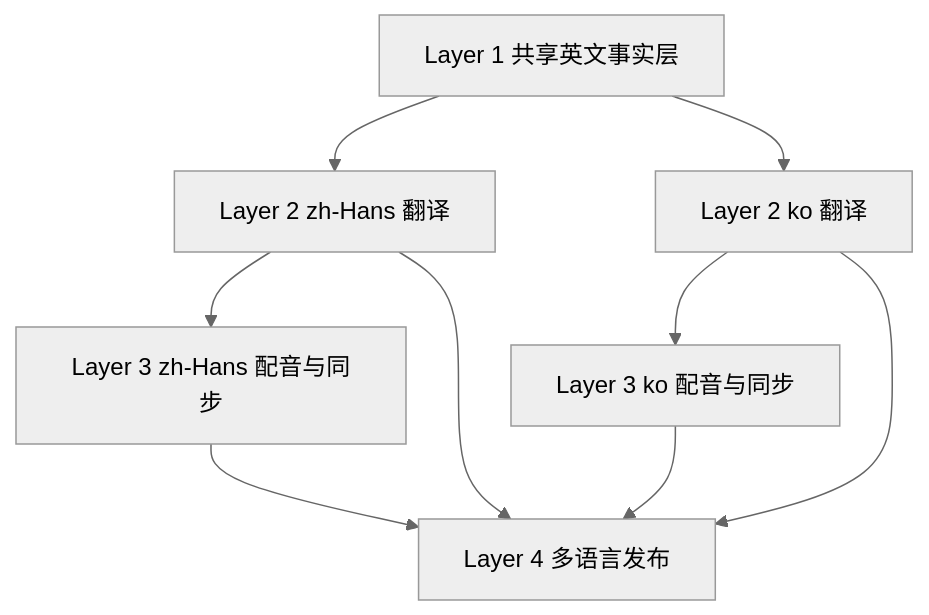
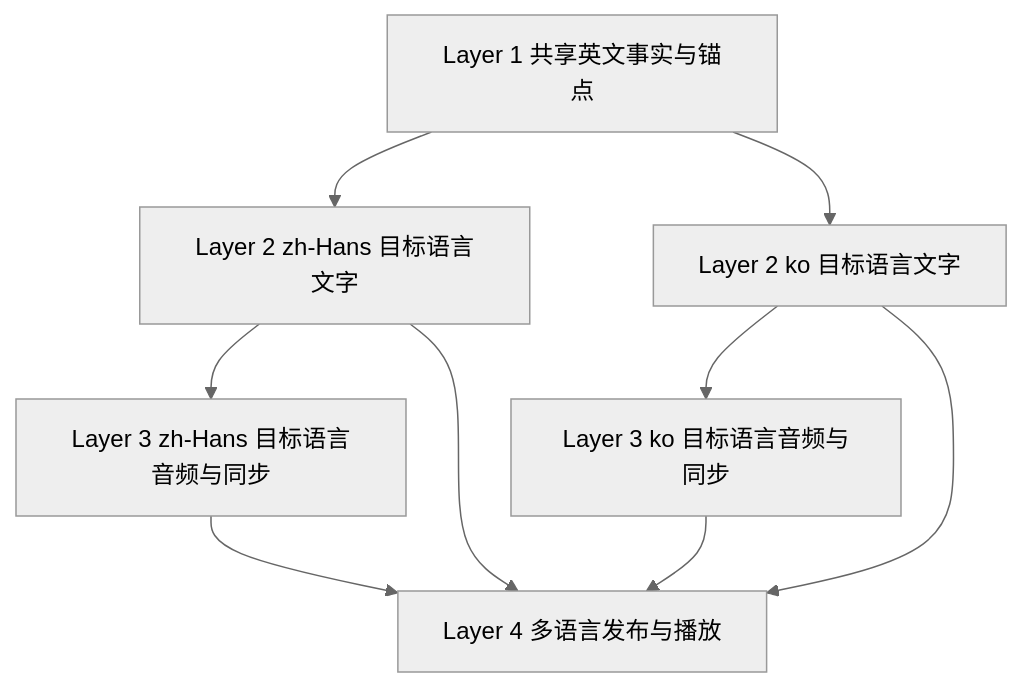
Before and after one commit to JonathanJing/sermon-video-zh-subtitles: the second of 2 diagrams in docs/english-to-multilingual-production-poc.zh.md, drawn with Mermaid (neutral theme). The commit also changed other lines of this file and 22 other files, not shown here.

````diff
--- a/docs/english-to-multilingual-production-poc.zh.md
+++ b/docs/english-to-multilingual-production-poc.zh.md
@@ -40,11 +40,11 @@
 ```mermaid
 flowchart TB
-  L1[Layer 1 共享英文事实层] --> Z2[Layer 2 zh-Hans 翻译]
-  L1 --> K2[Layer 2 ko 翻译]
-  Z2 --> Z3[Layer 3 zh-Hans 配音与同步]
-  K2 --> K3[Layer 3 ko 配音与同步]
-  Z2 --> L4[Layer 4 多语言发布]
+  L1[Layer 1 共享英文事实与锚点] --> Z2[Layer 2 zh-Hans 目标语言文字]
+  L1 --> K2[Layer 2 ko 目标语言文字]
+  Z2 --> Z3[Layer 3 zh-Hans 目标语言音频与同步]
+  K2 --> K3[Layer 3 ko 目标语言音频与同步]
+  Z2 --> L4[Layer 4 多语言发布与播放]
   K2 --> L4
   Z3 --> L4
   K3 --> L4
 ```
````
